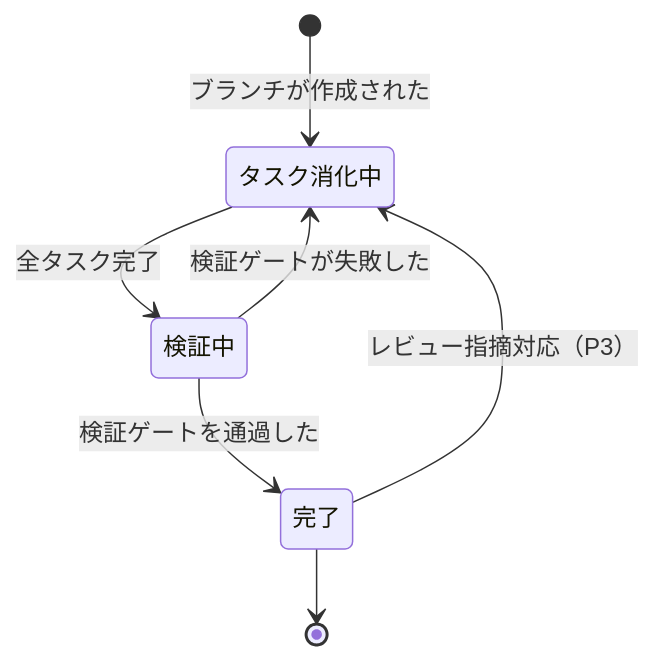
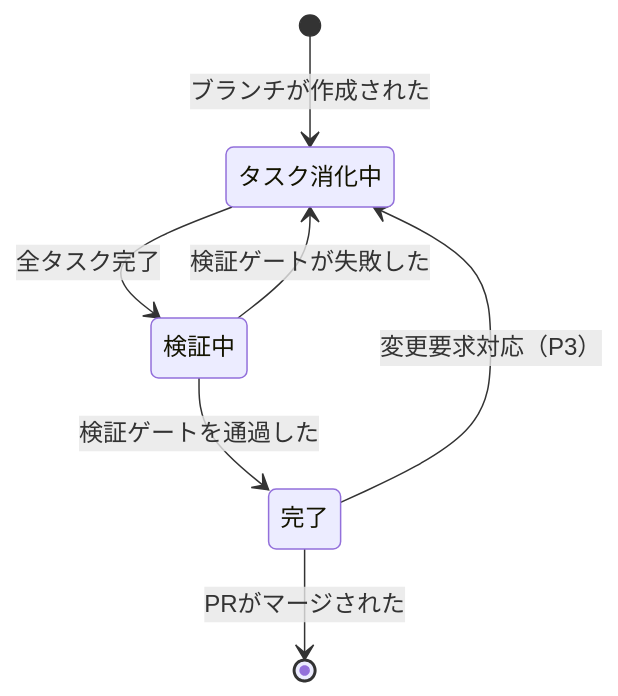
Before and after one commit to kuchita-el/claude-shared-skills: the second of 3 diagrams in docs/development/event-storming.md, drawn with Mermaid. The commit also changed other lines of this file and 1 other file, not shown here.

````diff
--- a/docs/development/event-storming.md
+++ b/docs/development/event-storming.md
@@ -106,9 +102,9 @@
 ```mermaid
 stateDiagram-v2
     [*] --> タスク消化中: ブランチが作成された
     タスク消化中 --> 検証中: 全タスク完了
     検証中 --> 完了: 検証ゲートを通過した
     検証中 --> タスク消化中: 検証ゲートが失敗した
-    完了 --> タスク消化中: レビュー指摘対応（P3）
-    完了 --> [*]
+    完了 --> タスク消化中: 変更要求対応（P3）
+    完了 --> [*]: PRがマージされた
 ```
````
